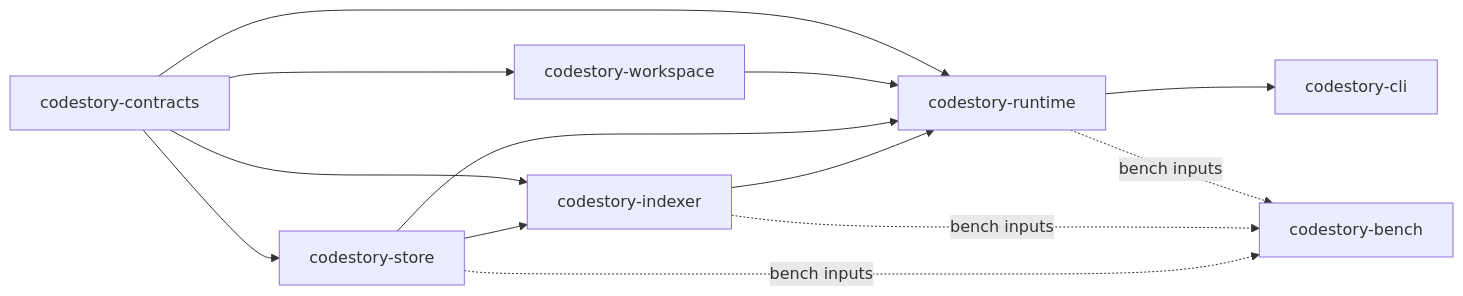
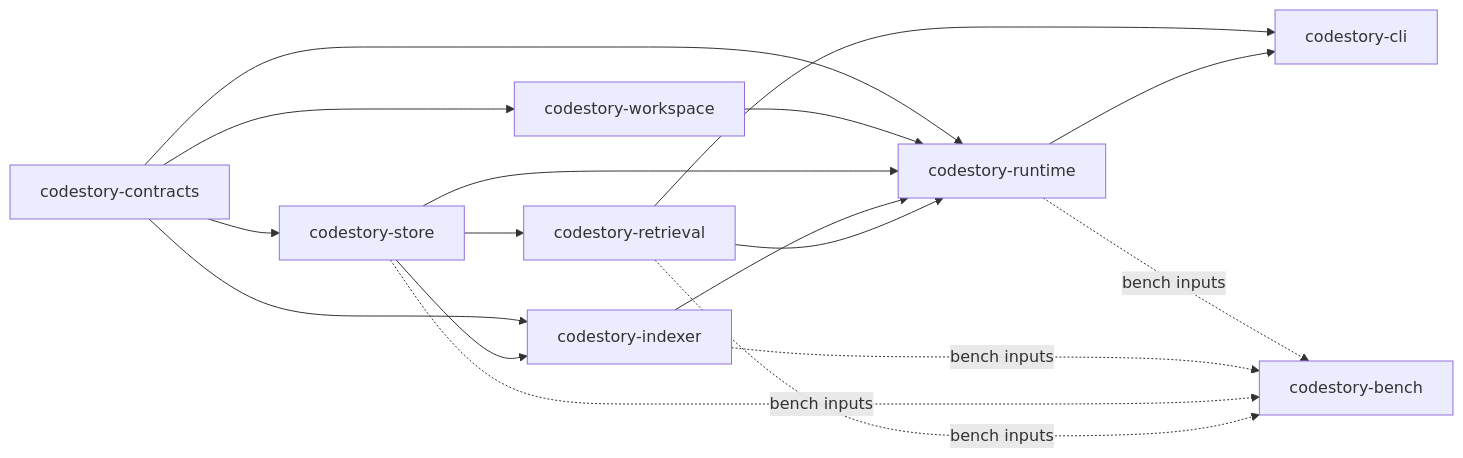
One commit to TheGreenCedar/CodeStory changed the second of 2 diagrams in docs/architecture/overview.md. Above: the diagram before and after it, drawn with Mermaid. The commit also changed other lines of this file and 13 other files, not shown here.

````diff
--- a/docs/architecture/overview.md
+++ b/docs/architecture/overview.md
@@ -32,23 +34,28 @@
 ```mermaid
 flowchart LR
     Contracts["codestory-contracts"]
     Workspace["codestory-workspace"]
     Store["codestory-store"]
     Indexer["codestory-indexer"]
+    Retrieval["codestory-retrieval"]
     Runtime["codestory-runtime"]
     CLI["codestory-cli"]
     Bench["codestory-bench"]
 
     Contracts --> Workspace
     Contracts --> Store
     Contracts --> Indexer
     Contracts --> Runtime
     Workspace --> Runtime
     Store --> Runtime
     Store --> Indexer
     Indexer --> Runtime
+    Store --> Retrieval
+    Retrieval --> Runtime
+    Retrieval --> CLI
     Runtime --> CLI
     Runtime -. bench inputs .-> Bench
     Indexer -. bench inputs .-> Bench
     Store -. bench inputs .-> Bench
+    Retrieval -. bench inputs .-> Bench
 ```
````
